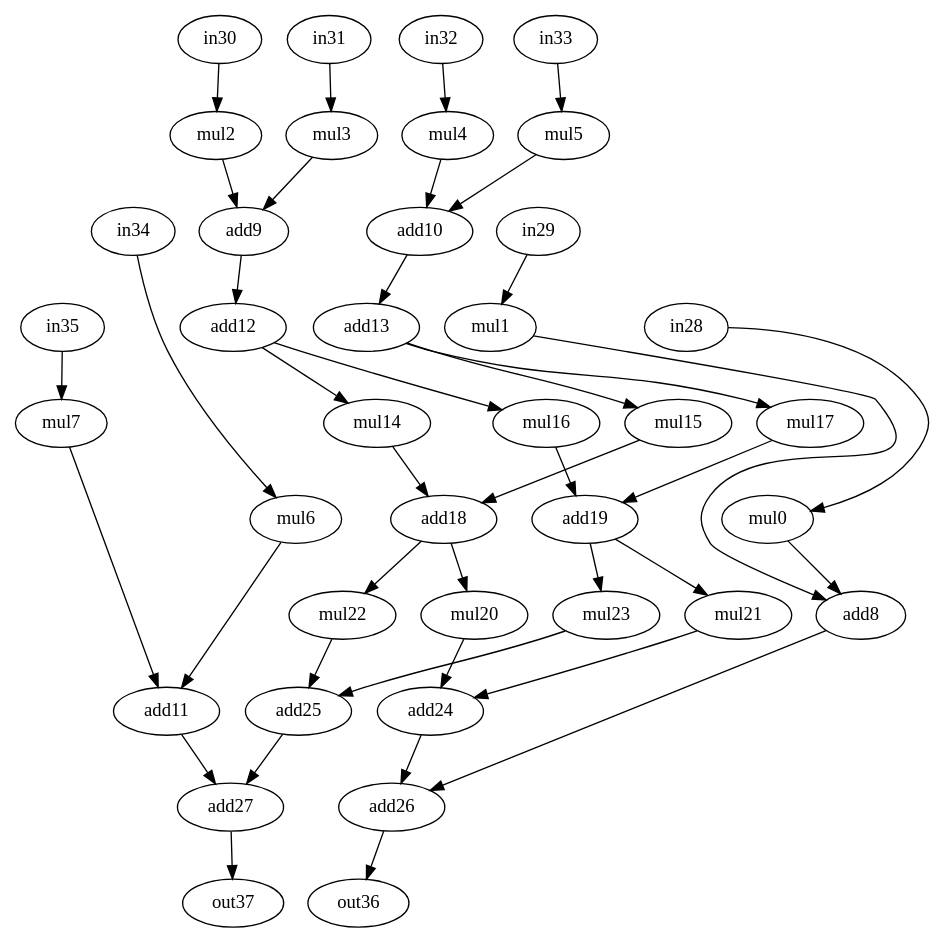
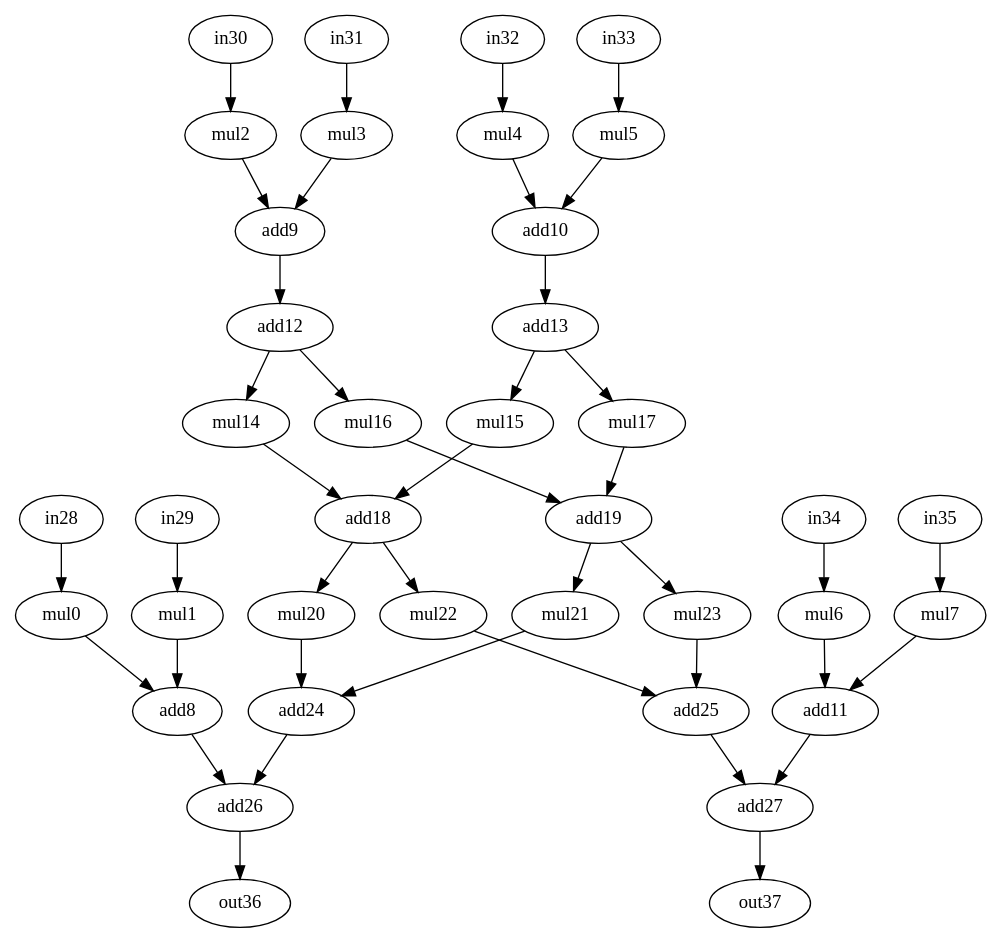
One commit to jeronimopenha/traversal_project changed the diagram in bench/test_bench/arf.dot. Above: the diagram before and after it, drawn with Graphviz. The commit also changed 1 other file, not shown here.

```diff
--- a/bench/test_bench/arf.dot
+++ b/bench/test_bench/arf.dot
@@ -1,80 +1,80 @@
 digraph "arf" {
 0 [label=mul0, op=muli, value=2];
 1 [label=mul1, op=muli, value=2];
 2 [label=mul2, op=muli, value=2];
 3 [label=mul3, op=muli, value=2];
 4 [label=mul4, op=muli, value=2];
 5 [label=mul5, op=muli, value=2];
 6 [label=mul6, op=muli, value=2];
 7 [label=mul7, op=muli, value=2];
 8 [label=add8, op=add];
 9 [label=add9, op=add];
 10 [label=add10, op=add];
 11 [label=add11, op=add];
 12 [label=add12, op=addi, value=2];
 13 [label=add13, op=addi, value=2];
 14 [label=mul14, op=muli, value=2];
 15 [label=mul15, op=muli, value=2];
 16 [label=mul16, op=muli, value=2];
 17 [label=mul17, op=muli, value=2];
 18 [label=add18, op=add];
 19 [label=add19, op=add];
 20 [label=mul20, op=muli, value=2];
 21 [label=mul21, op=muli, value=2];
 22 [label=mul22, op=muli, value=2];
 23 [label=mul23, op=muli, value=2];
 24 [label=add24, op=add];
 25 [label=add25, op=add];
 26 [label=add26, op=add];
 27 [label=add27, op=add];
 28 [label=in28, op=in];
 29 [label=in29, op=in];
 30 [label=in30, op=in];
 31 [label=in31, op=in];
 32 [label=in32, op=in];
 33 [label=in33, op=in];
 34 [label=in34, op=in];
 35 [label=in35, op=in];
 36 [label=out36, op=out];
 37 [label=out37, op=out];
-0 -> 8  [port=0, weight=0];
-1 -> 8  [port=1, weight=0];
-2 -> 9  [port=0, weight=0];
-3 -> 9  [port=1, weight=0];
-4 -> 10  [port=0, weight=0];
-5 -> 10  [port=1, weight=0];
-6 -> 11  [port=0, weight=0];
-7 -> 11  [port=1, weight=0];
-8 -> 26  [port=0, weight=0];
-9 -> 12  [port=0, weight=0];
-10 -> 13  [port=0, weight=0];
-11 -> 27  [port=0, weight=0];
-12 -> 14  [port=0, weight=0];
-12 -> 16  [port=0, weight=0];
-13 -> 15  [port=0, weight=0];
-13 -> 17  [port=0, weight=0];
-14 -> 18  [port=0, weight=0];
-15 -> 18  [port=1, weight=0];
-16 -> 19  [port=0, weight=0];
-17 -> 19  [port=1, weight=0];
-18 -> 20  [port=0, weight=0];
-18 -> 22  [port=0, weight=0];
-19 -> 21  [port=0, weight=0];
-19 -> 23  [port=0, weight=0];
-20 -> 24  [port=0, weight=0];
-21 -> 24  [port=1, weight=0];
-22 -> 25  [port=0, weight=0];
-23 -> 25  [port=1, weight=0];
-24 -> 26  [port=1, weight=0];
-25 -> 27  [port=1, weight=0];
-26 -> 36  [port=0, weight=0];
-27 -> 37  [port=0, weight=0];
-28 -> 0  [port=0, weight=0];
-29 -> 1  [port=0, weight=0];
-30 -> 2  [port=0, weight=0];
-31 -> 3  [port=0, weight=0];
-32 -> 4  [port=0, weight=0];
-33 -> 5  [port=0, weight=0];
-34 -> 6  [port=0, weight=0];
-35 -> 7  [port=0, weight=0];
+0 -> 8  [port=0, w=0];
+1 -> 8  [port=1, w=0];
+2 -> 9  [port=0, w=0];
+3 -> 9  [port=1, w=0];
+4 -> 10  [port=0, w=0];
+5 -> 10  [port=1, w=0];
+6 -> 11  [port=0, w=0];
+7 -> 11  [port=1, w=0];
+8 -> 26  [port=0, w=0];
+9 -> 12  [port=0, w=0];
+10 -> 13  [port=0, w=0];
+11 -> 27  [port=0, w=0];
+12 -> 14  [port=0, w=0];
+12 -> 16  [port=0, w=0];
+13 -> 15  [port=0, w=0];
+13 -> 17  [port=0, w=0];
+14 -> 18  [port=0, w=0];
+15 -> 18  [port=1, w=0];
+16 -> 19  [port=0, w=0];
+17 -> 19  [port=1, w=0];
+18 -> 20  [port=0, w=0];
+18 -> 22  [port=0, w=0];
+19 -> 21  [port=0, w=0];
+19 -> 23  [port=0, w=0];
+20 -> 24  [port=0, w=0];
+21 -> 24  [port=1, w=0];
+22 -> 25  [port=0, w=0];
+23 -> 25  [port=1, w=0];
+24 -> 26  [port=1, w=0];
+25 -> 27  [port=1, w=0];
+26 -> 36  [port=0, w=0];
+27 -> 37  [port=0, w=0];
+28 -> 0  [port=0, w=0];
+29 -> 1  [port=0, w=0];
+30 -> 2  [port=0, w=0];
+31 -> 3  [port=0, w=0];
+32 -> 4  [port=0, w=0];
+33 -> 5  [port=0, w=0];
+34 -> 6  [port=0, w=0];
+35 -> 7  [port=0, w=0];
 }
```
